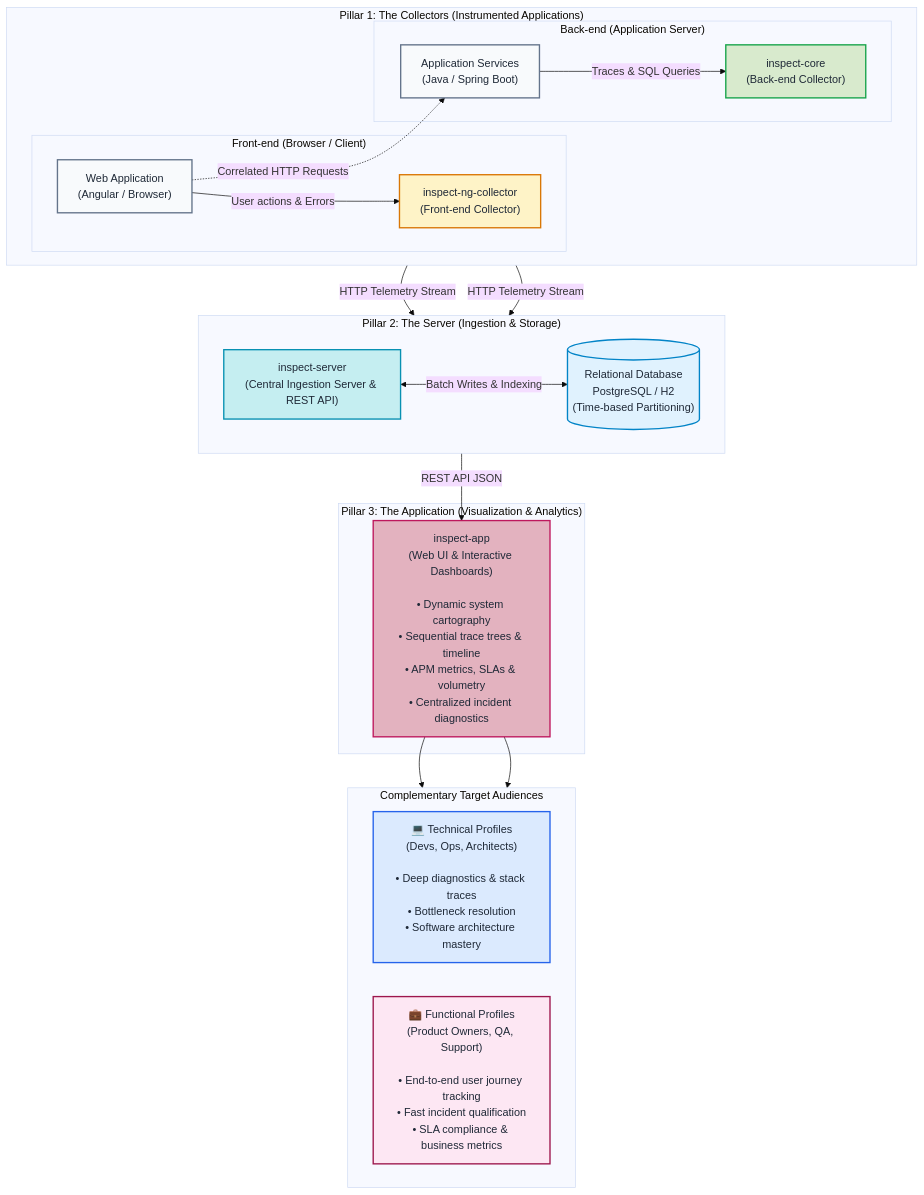
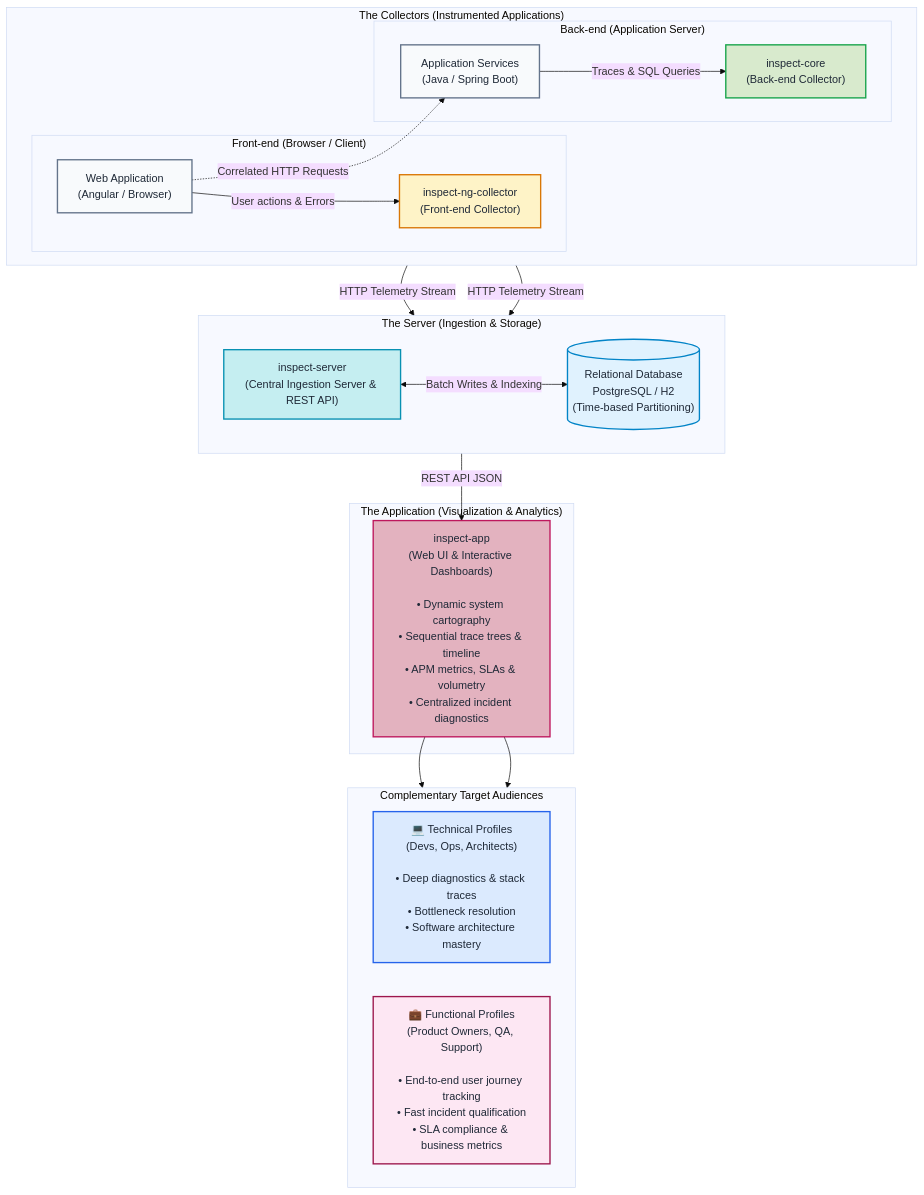
One commit to oneteme/inspect.io changed the diagram in src/assets/pages/architecture/architecture_en.md. Above: the diagram before and after it, drawn with Mermaid (base theme). The commit also changed other lines of this file and 4 other files, not shown here.

Commit message:
feat: update architecture pages

````diff
--- a/src/assets/pages/architecture/architecture_en.md
+++ b/src/assets/pages/architecture/architecture_en.md
@@ -15,59 +15,59 @@
 ```mermaid
 flowchart TD
-  subgraph P1["Pillar 1: The Collectors (Instrumented Applications)"]
+  subgraph P1["The Collectors (Instrumented Applications)"]
     direction LR
     subgraph EnvFront["Front-end (Browser / Client)"]
       AppFront["Web Application\n(Angular / Browser)"] -->|User actions & Errors| ColFront["inspect-ng-collector\n(Front-end Collector)"]
     end
     subgraph EnvBack["Back-end (Application Server)"]
       AppBack["Application Services\n(Java / Spring Boot)"] -->|Traces & SQL Queries| ColBack["inspect-core\n(Back-end Collector)"]
     end
     AppFront -.->|Correlated HTTP Requests| AppBack
   end
 
-  subgraph P2["Pillar 2: The Server (Ingestion & Storage)"]
+  subgraph P2["The Server (Ingestion & Storage)"]
     direction LR
     Server["inspect-server\n(Central Ingestion Server & REST API)"]
     BDD[("Relational Database\nPostgreSQL / H2\n(Time-based Partitioning)")]
     Server <-->|Batch Writes & Indexing| BDD
   end
 
-  subgraph P3["Pillar 3: The Application (Visualization & Analytics)"]
+  subgraph P3["The Application (Visualization & Analytics)"]
     App["inspect-app\n(Web UI & Interactive Dashboards)\n\n• Dynamic system cartography\n• Sequential trace trees & timeline\n• APM metrics, SLAs & volumetry\n• Centralized incident diagnostics"]
   end
 
   subgraph Users["Complementary Target Audiences"]
     direction LR
     Tech["💻 Technical Profiles\n(Devs, Ops, Architects)\n\n• Deep diagnostics & stack traces\n• Bottleneck resolution\n• Software architecture mastery"]
     Fonc["💼 Functional Profiles\n(Product Owners, QA, Support)\n\n• End-to-end user journey tracking\n• Fast incident qualification\n• SLA compliance & business metrics"]
   end
 
   ColFront -->|HTTP Telemetry Stream| Server
   ColBack -->|HTTP Telemetry Stream| Server
   Server -->|REST API JSON| App
 
   App --> Tech & Fonc
 
   click ColFront "architecture/collector"
   click ColBack "architecture/collector"
   click Server "architecture/server"
   click App "architecture/application"
 
   classDef appNode fill:#F8FAFC,stroke:#64748B,stroke-width:2px,color:#1f2937;
   classDef colFront fill:#FEF3C7,stroke:#D97706,stroke-width:2px,color:#1f2937;
   classDef colBack fill:#D8EACD,stroke:#16A34A,stroke-width:2px,color:#1f2937;
   classDef server fill:#C5EEF1,stroke:#0891B2,stroke-width:2px,color:#1f2937;
   classDef bdd fill:#E0F2FE,stroke:#0284C7,stroke-width:2px,color:#1f2937;
   classDef app fill:#E3B2BF,stroke:#BE185D,stroke-width:2px,color:#1f2937;
   classDef userTech fill:#DBEAFE,stroke:#2563EB,stroke-width:2px,color:#1f2937;
   classDef userFonc fill:#FDE7F3,stroke:#9D174D,stroke-width:2px,color:#1f2937;
 
   class AppFront,AppBack appNode;
   class ColFront colFront;
   class ColBack colBack;
   class Server server;
   class BDD bdd;
   class App app;
   class Tech userTech;
   class Fonc userFonc;
 ```
````
